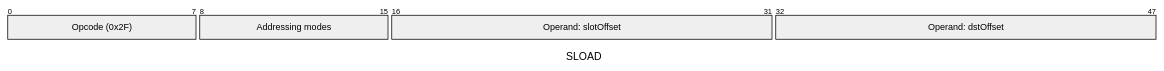
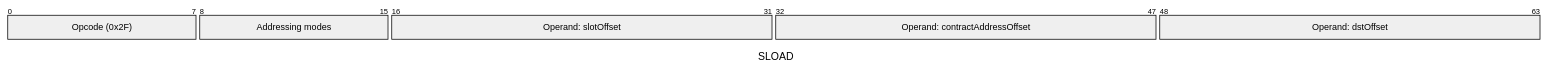
Before and after one commit to NethermindEth/aztec-packages: the first of 2 diagrams in yarn-project/simulator/docs/avm/opcodes/sload.md, drawn with Mermaid. The commit also changed other lines of this file and 20 other files, not shown here.

````diff
--- a/yarn-project/simulator/docs/avm/opcodes/sload.md
+++ b/yarn-project/simulator/docs/avm/opcodes/sload.md
@@ -39,13 +40,14 @@
 ```mermaid
 ---
 title: "SLOAD"
 config:
   packet:
-    bitsPerRow: 48
+    bitsPerRow: 64
 ---
 packet-beta
 0-7: "Opcode (0x2F)"
 8-15: "Addressing modes"
 16-31: "Operand: slotOffset"
-32-47: "Operand: dstOffset"
+32-47: "Operand: contractAddressOffset"
+48-63: "Operand: dstOffset"
 ```
````
